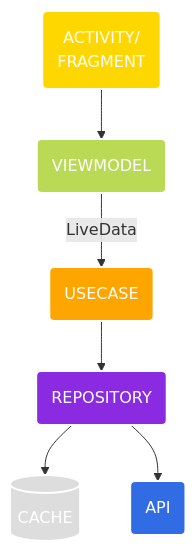
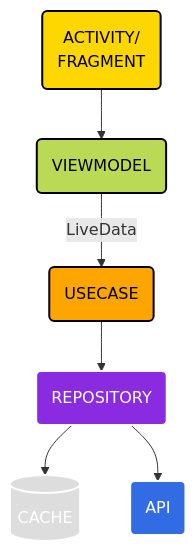
Before and after one commit to CaioCrevelaro/clean-architecture: the diagram in README.md, drawn with Mermaid.

````diff
--- a/README.md
+++ b/README.md
@@ -32,23 +32,23 @@
 ```mermaid
 graph TD
 
-classDef orange fill:#FFA500,stroke:#FFF,stroke-width:2px,color:#FFF;
-classDef yellow fill:#FFD700,stroke:#FFF,stroke-width:2px,color:#FFF;
-classDef green fill:#BADA55,stroke:#FFF,stroke-width:2px,color:#FFF;
+classDef orange fill:#FFA500,stroke:#000000,stroke-width:2px,color:#000000;
+classDef yellow fill:#FFD700,stroke:#000000,stroke-width:2px,color:#000000;
+classDef green fill:#BADA55,stroke:#000000,stroke-width:2px,color:#000000;
 classDef purple fill:#8A2BE2,stroke:#FFF,stroke-width:2px,color:#FFF;
 classDef blue fill:#326CE5,stroke:#FFF,stroke-width:2px,color:#FFF;
 classDef gray fill:#DDDDDD,stroke:#FFF,stroke-width:2px,color:#FFF;
 
 a11(ACTIVITY/<br>FRAGMENT):::yellow;
 a21(VIEWMODEL):::green;
 a31(USECASE):::orange;
 a41(REPOSITORY):::purple;
 a51[(CACHE)]:::gray;
 a52(API):::blue;
 
 
 a11 --> a21 --> |LiveData| a31 --> a41;
 a41 --> a51;
 a41 --> a52;
 
 ```
````
